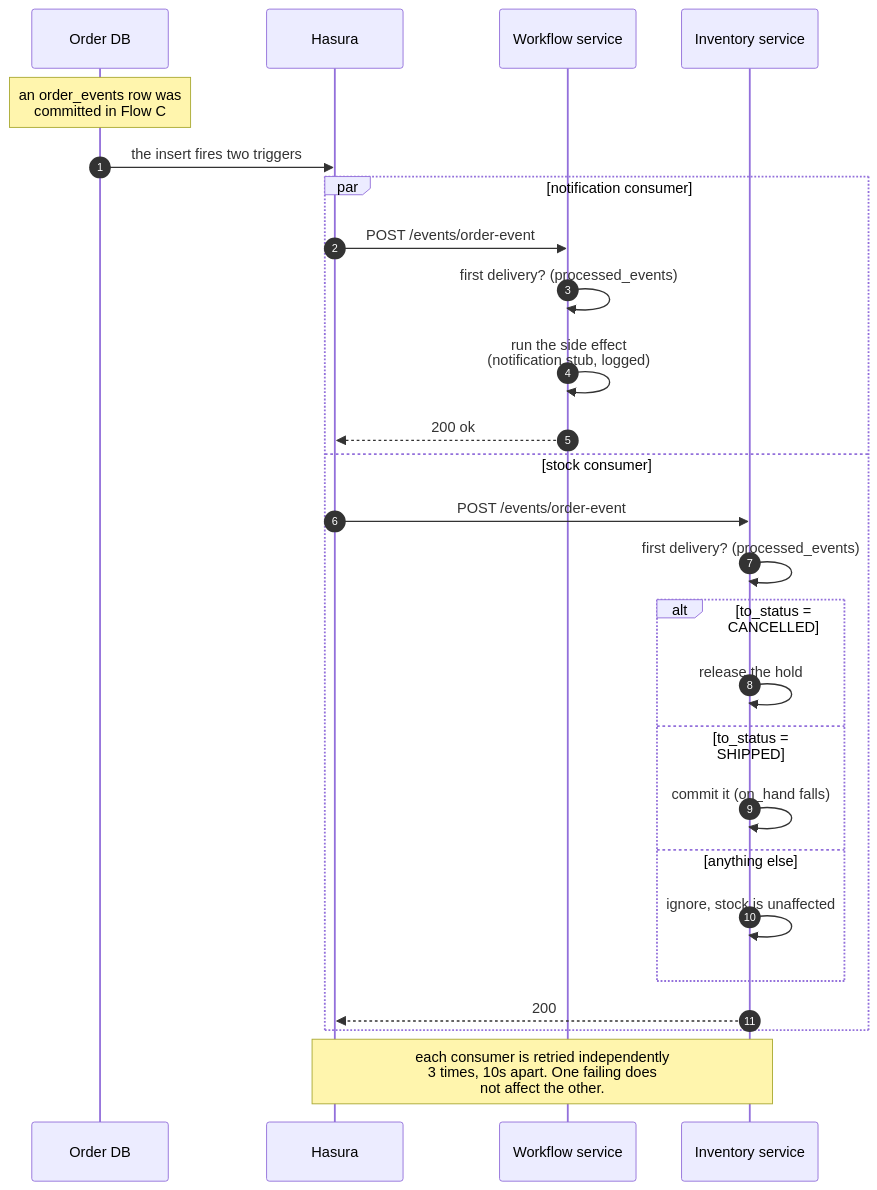
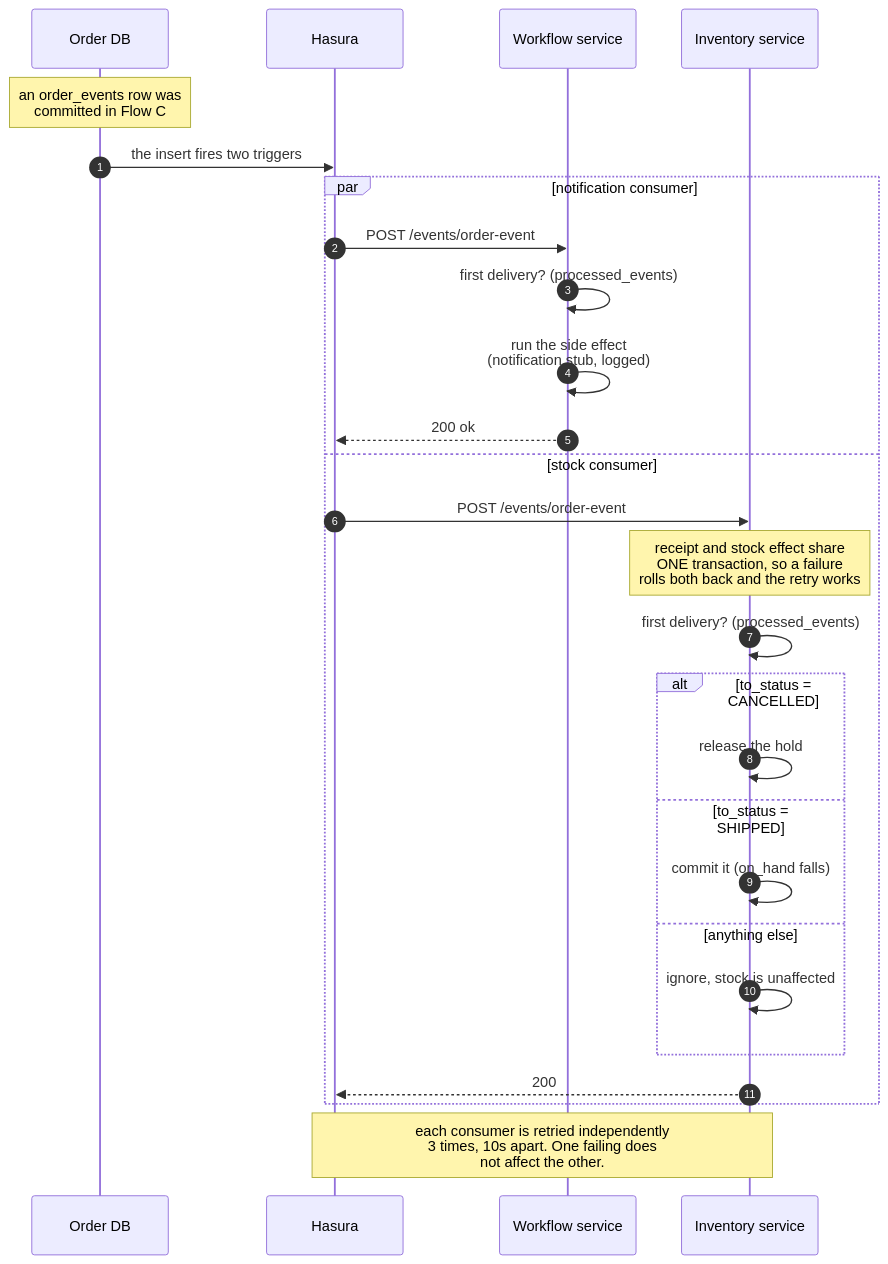
Before and after one commit to harishbala1o/ecommerce-orderflow: diagram 11 of 16 in docs/ARCHITECTURE.md, drawn with Mermaid. The commit also changed other lines of this file and 3 other files, not shown here.

````diff
--- a/docs/ARCHITECTURE.md
+++ b/docs/ARCHITECTURE.md
@@ -873,29 +890,30 @@
 ```mermaid
 sequenceDiagram
     autonumber
     participant D as Order DB
     participant H as Hasura
     participant S as Workflow service
     participant I as Inventory service
 
     Note over D: an order_events row was<br/>committed in Flow C
     D->>H: the insert fires two triggers
     par notification consumer
         H->>S: POST /events/order-event
         S->>S: first delivery? (processed_events)
         S->>S: run the side effect<br/>(notification stub, logged)
         S-->>H: 200 ok
     and stock consumer
         H->>I: POST /events/order-event
+        Note over I: receipt and stock effect share<br/>ONE transaction, so a failure<br/>rolls both back and the retry works
         I->>I: first delivery? (processed_events)
         alt to_status = CANCELLED
             I->>I: release the hold
         else to_status = SHIPPED
             I->>I: commit it (on_hand falls)
         else anything else
             I->>I: ignore, stock is unaffected
         end
         I-->>H: 200
     end
     Note over H,I: each consumer is retried independently<br/>3 times, 10s apart. One failing does<br/>not affect the other.
 ```
````
